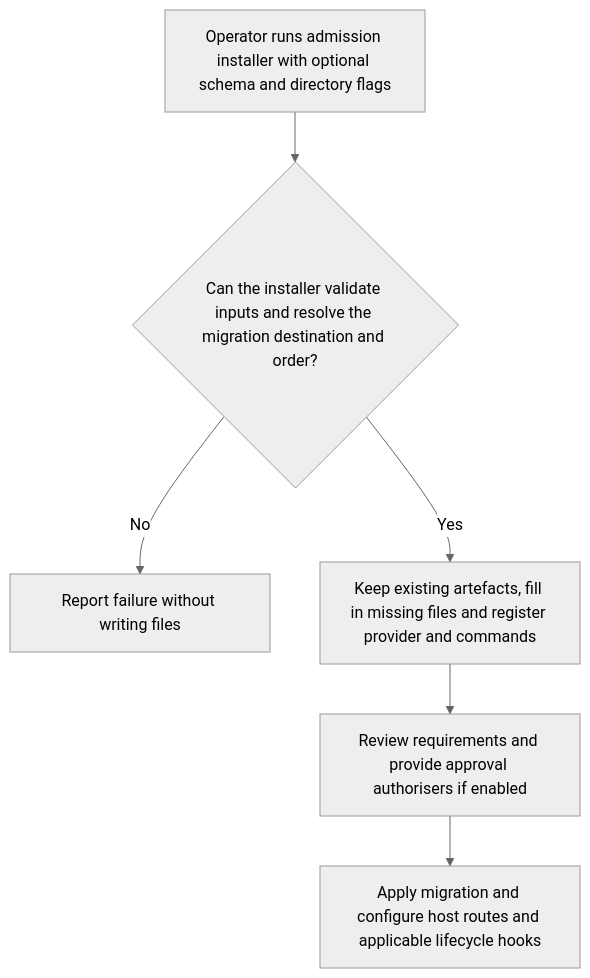
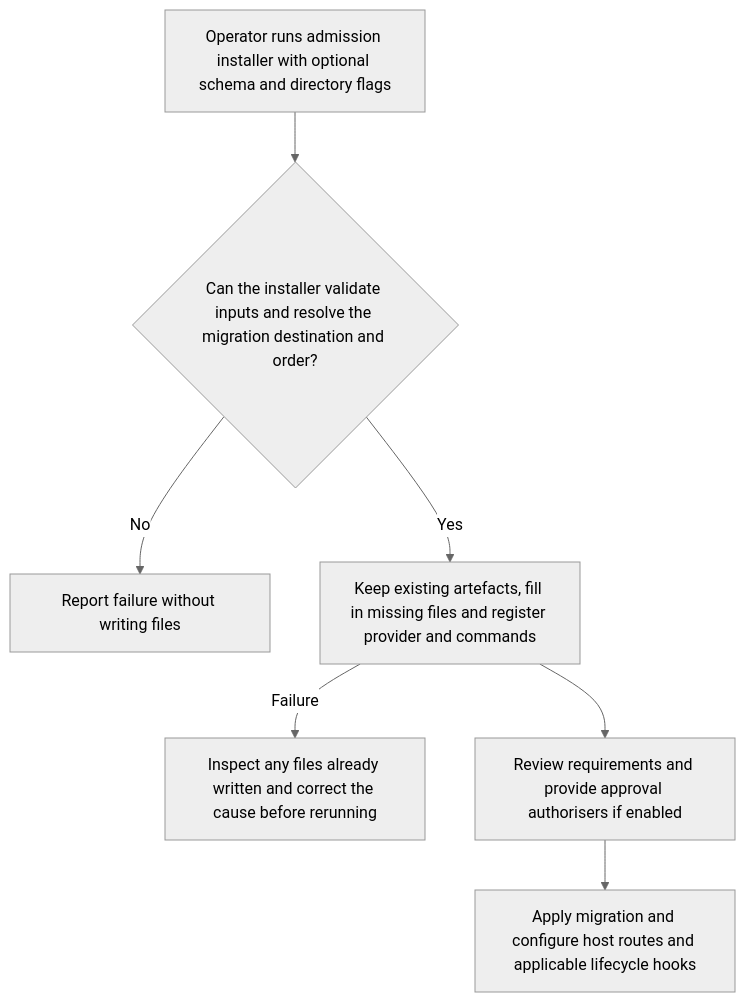
Before and after one commit to Kevinjohn/oss-adonisjs-account-kit: the first of 2 diagrams in user-stories/US-ACCOUNT-28-install-admission.md, drawn with Mermaid (neutral theme). The commit also changed other lines of this file and 42 other files, not shown here.

````diff
--- a/user-stories/US-ACCOUNT-28-install-admission.md
+++ b/user-stories/US-ACCOUNT-28-install-admission.md
@@ -20,8 +21,9 @@
 ```mermaid
 flowchart TD
  A["Operator runs admission installer with optional schema and directory flags"] --> B{"Can the installer validate inputs and resolve the migration destination and order?"}
  B -->|No| C["Report failure without writing files"]
  B -->|Yes| D["Keep existing artefacts, fill in missing files and register provider and commands"]
+ D -->|Failure| X["Inspect any files already written and correct the cause before rerunning"]
  D --> E["Review requirements and provide approval authorisers if enabled"]
  E --> F["Apply migration and configure host routes and applicable lifecycle hooks"]
 ```
````
